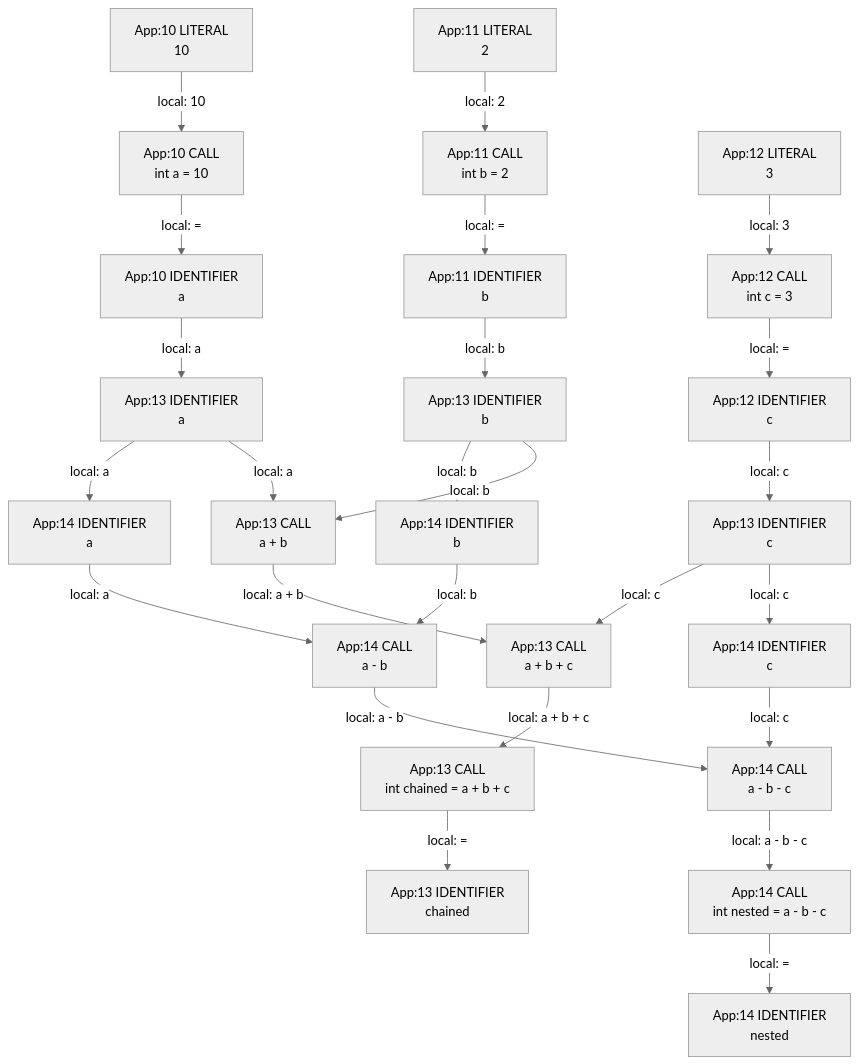
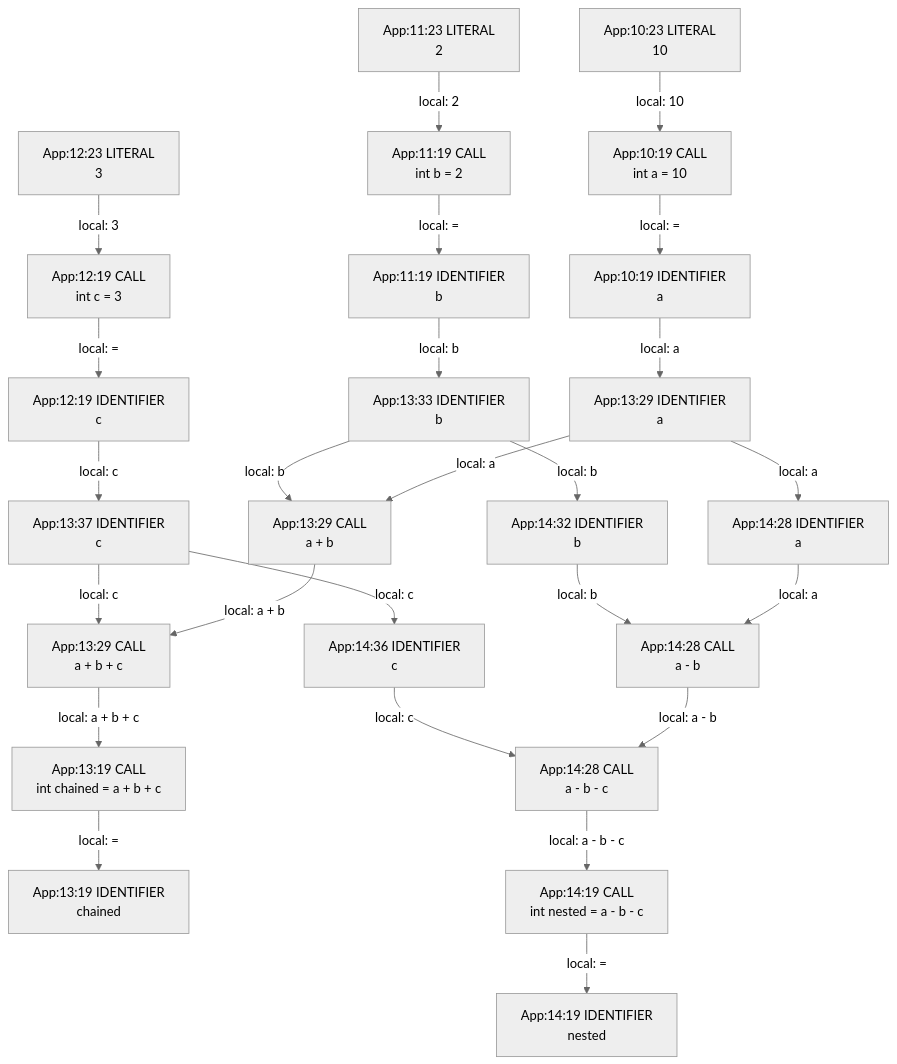
One commit to gstiebler/codeflow changed the diagram in app/src/test/resources/chainedBinOp/spike-truth.md. Above: the diagram before and after it, drawn with Mermaid (neutral theme). The commit also changed 154 other files, not shown here.

````diff
--- a/app/src/test/resources/chainedBinOp/spike-truth.md
+++ b/app/src/test/resources/chainedBinOp/spike-truth.md
@@ -3,50 +3,50 @@
 ```mermaid
 flowchart TD
-  n0["App:10 CALL<br/>int a = 10"]
-  n1["App:10 IDENTIFIER<br/>a"]
-  n2["App:10 LITERAL<br/>10"]
-  n3["App:11 CALL<br/>int b = 2"]
-  n4["App:11 IDENTIFIER<br/>b"]
-  n5["App:11 LITERAL<br/>2"]
-  n6["App:12 CALL<br/>int c = 3"]
-  n7["App:12 IDENTIFIER<br/>c"]
-  n8["App:12 LITERAL<br/>3"]
-  n9["App:13 CALL<br/>a + b"]
-  n10["App:13 CALL<br/>a + b + c"]
-  n11["App:13 CALL<br/>int chained = a + b + c"]
-  n12["App:13 IDENTIFIER<br/>a"]
-  n13["App:13 IDENTIFIER<br/>b"]
-  n14["App:13 IDENTIFIER<br/>c"]
-  n15["App:13 IDENTIFIER<br/>chained"]
-  n16["App:14 CALL<br/>a - b"]
-  n17["App:14 CALL<br/>a - b - c"]
-  n18["App:14 CALL<br/>int nested = a - b - c"]
-  n19["App:14 IDENTIFIER<br/>a"]
-  n20["App:14 IDENTIFIER<br/>b"]
-  n21["App:14 IDENTIFIER<br/>c"]
-  n22["App:14 IDENTIFIER<br/>nested"]
+  n0["App:10:19 CALL<br/>int a = 10"]
+  n1["App:10:19 IDENTIFIER<br/>a"]
+  n2["App:10:23 LITERAL<br/>10"]
+  n3["App:11:19 CALL<br/>int b = 2"]
+  n4["App:11:19 IDENTIFIER<br/>b"]
+  n5["App:11:23 LITERAL<br/>2"]
+  n6["App:12:19 CALL<br/>int c = 3"]
+  n7["App:12:19 IDENTIFIER<br/>c"]
+  n8["App:12:23 LITERAL<br/>3"]
+  n9["App:13:19 CALL<br/>int chained = a + b + c"]
+  n10["App:13:19 IDENTIFIER<br/>chained"]
+  n11["App:13:29 CALL<br/>a + b"]
+  n12["App:13:29 CALL<br/>a + b + c"]
+  n13["App:13:29 IDENTIFIER<br/>a"]
+  n14["App:13:33 IDENTIFIER<br/>b"]
+  n15["App:13:37 IDENTIFIER<br/>c"]
+  n16["App:14:19 CALL<br/>int nested = a - b - c"]
+  n17["App:14:19 IDENTIFIER<br/>nested"]
+  n18["App:14:28 CALL<br/>a - b"]
+  n19["App:14:28 CALL<br/>a - b - c"]
+  n20["App:14:28 IDENTIFIER<br/>a"]
+  n21["App:14:32 IDENTIFIER<br/>b"]
+  n22["App:14:36 IDENTIFIER<br/>c"]
   n0 -->|"local: ="| n1
-  n1 -->|"local: a"| n12
-  n10 -->|"local: a + b + c"| n11
-  n11 -->|"local: ="| n15
-  n12 -->|"local: a"| n19
-  n12 -->|"local: a"| n9
-  n13 -->|"local: b"| n20
-  n13 -->|"local: b"| n9
-  n14 -->|"local: c"| n10
-  n14 -->|"local: c"| n21
-  n16 -->|"local: a - b"| n17
-  n17 -->|"local: a - b - c"| n18
-  n18 -->|"local: ="| n22
-  n19 -->|"local: a"| n16
+  n1 -->|"local: a"| n13
+  n11 -->|"local: a + b"| n12
+  n12 -->|"local: a + b + c"| n9
+  n13 -->|"local: a"| n11
+  n13 -->|"local: a"| n20
+  n14 -->|"local: b"| n11
+  n14 -->|"local: b"| n21
+  n15 -->|"local: c"| n12
+  n15 -->|"local: c"| n22
+  n16 -->|"local: ="| n17
+  n18 -->|"local: a - b"| n19
+  n19 -->|"local: a - b - c"| n16
   n2 -->|"local: 10"| n0
-  n20 -->|"local: b"| n16
-  n21 -->|"local: c"| n17
+  n20 -->|"local: a"| n18
+  n21 -->|"local: b"| n18
+  n22 -->|"local: c"| n19
   n3 -->|"local: ="| n4
-  n4 -->|"local: b"| n13
+  n4 -->|"local: b"| n14
   n5 -->|"local: 2"| n3
   n6 -->|"local: ="| n7
-  n7 -->|"local: c"| n14
+  n7 -->|"local: c"| n15
   n8 -->|"local: 3"| n6
-  n9 -->|"local: a + b"| n10
+  n9 -->|"local: ="| n10
 ```
````
